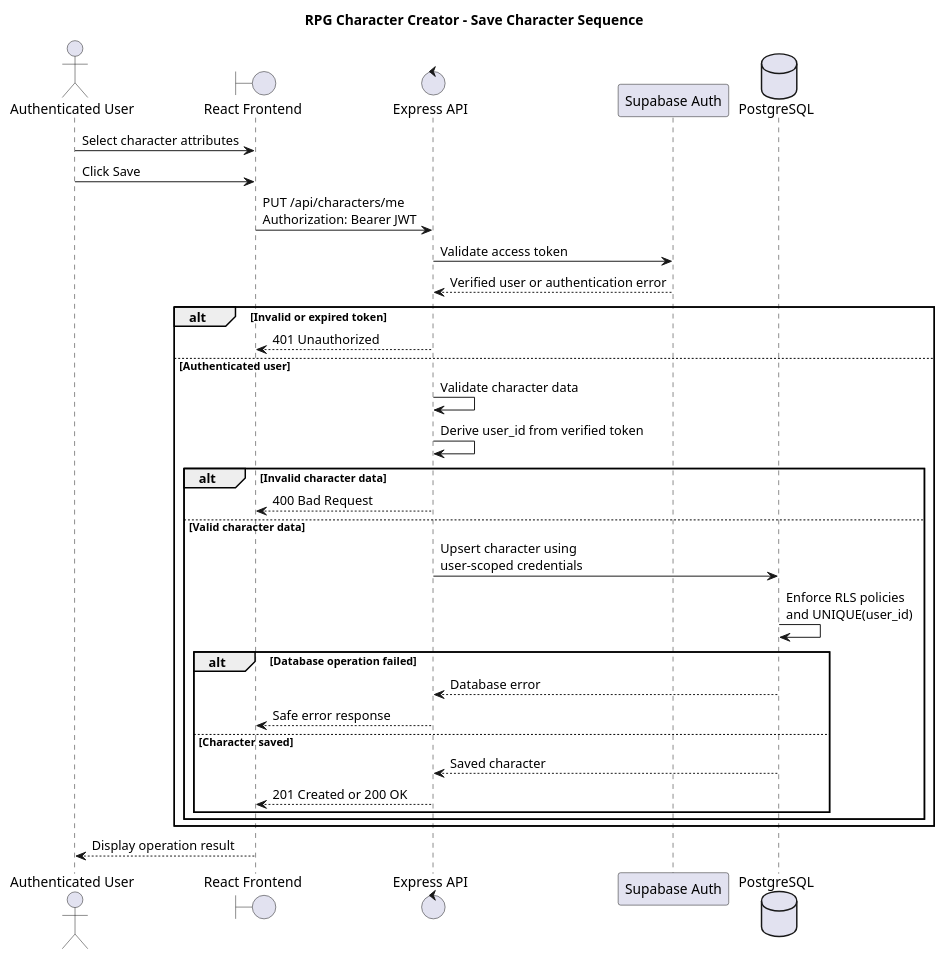
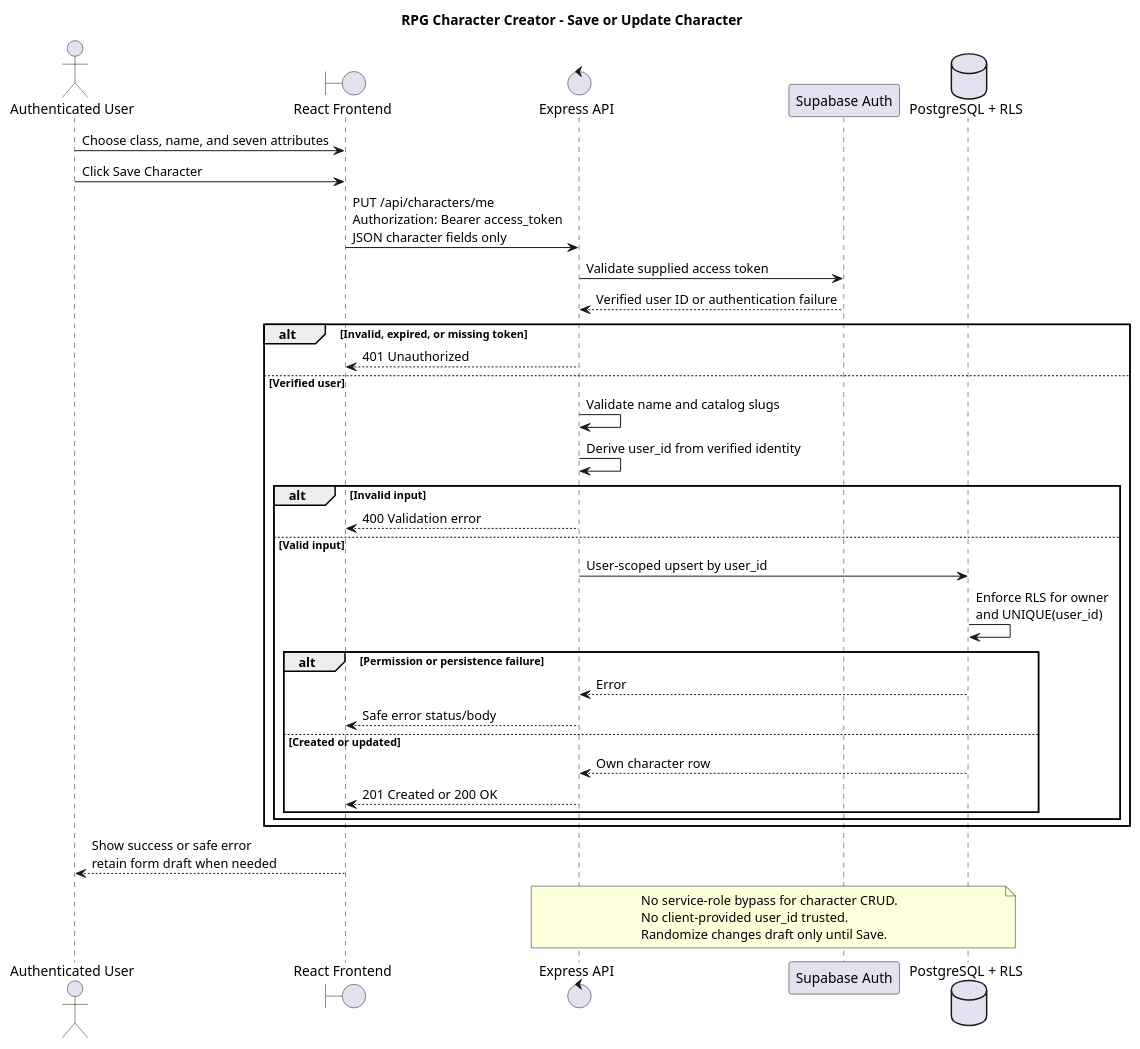
Before and after one commit to AlexandroLeao/rpg-character-creator: the diagram in docs/uml/save-character-sequence.puml, drawn with PlantUML.

Commit message:
docs: align save sequence with user-scoped RLS

```diff
--- a/docs/uml/save-character-sequence.puml
+++ b/docs/uml/save-character-sequence.puml
@@ -1,53 +1,47 @@
 @startuml
-title RPG Character Creator - Save Character Sequence
+title RPG Character Creator - Save or Update Character
 
 actor "Authenticated User" as User
 boundary "React Frontend" as Frontend
 control "Express API" as API
 participant "Supabase Auth" as Auth
-database "PostgreSQL" as Database
+database "PostgreSQL + RLS" as Database
 
-User -> Frontend: Select character attributes
-User -> Frontend: Click Save
+User -> Frontend: Choose class, name, and seven attributes
+User -> Frontend: Click Save Character
+Frontend -> API: PUT /api/characters/me\nAuthorization: Bearer access_token\nJSON character fields only
 
-Frontend -> API: PUT /api/characters/me\nAuthorization: Bearer JWT
+API -> Auth: Validate supplied access token
+Auth --> API: Verified user ID or authentication failure
 
-API -> Auth: Validate access token
-Auth --> API: Verified user or authentication error
+alt Invalid, expired, or missing token
+    API --> Frontend: 401 Unauthorized
+else Verified user
+    API -> API: Validate name and catalog slugs
+    API -> API: Derive user_id from verified identity
 
-alt Invalid or expired token
+    alt Invalid input
+        API --> Frontend: 400 Validation error
+    else Valid input
+        API -> Database: User-scoped upsert by user_id
+        Database -> Database: Enforce RLS for owner\nand UNIQUE(user_id)
 
-    API --> Frontend: 401 Unauthorized
-
-else Authenticated user
-
-    API -> API: Validate character data
-    API -> API: Derive user_id from verified token
-
-    alt Invalid character data
-
-        API --> Frontend: 400 Bad Request
-
-    else Valid character data
-
-        API -> Database: Upsert character using\nuser-scoped credentials
-
-        Database -> Database: Enforce RLS policies\nand UNIQUE(user_id)
-
-        alt Database operation failed
-
-            Database --> API: Database error
-            API --> Frontend: Safe error response
-
-        else Character saved
-
-            Database --> API: Saved character
+        alt Permission or persistence failure
+            Database --> API: Error
+            API --> Frontend: Safe error status/body
+        else Created or updated
+            Database --> API: Own character row
             API --> Frontend: 201 Created or 200 OK
-
         end
     end
 end
 
-Frontend --> User: Display operation result
+Frontend --> User: Show success or safe error\nretain form draft when needed
+
+note over API, Database
+  No service-role bypass for character CRUD.
+  No client-provided user_id trusted.
+  Randomize changes draft only until Save.
+end note
 
 @enduml
```
